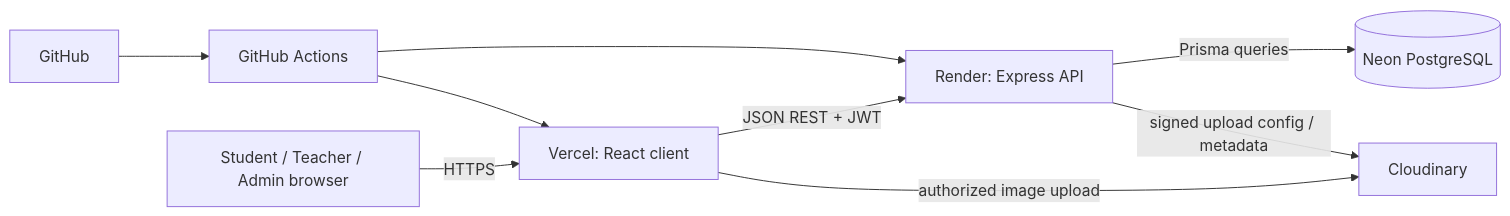
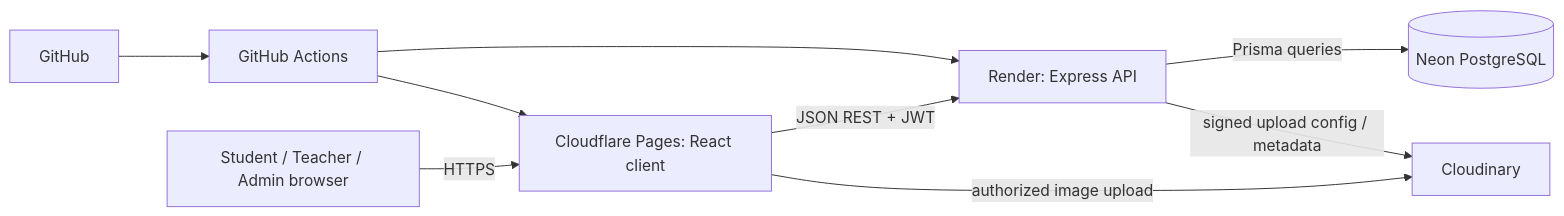
The first of 2 diagrams in docs/03-Technical-Architecture.md (Aryan-kr1585/Smart-Crop-Advisor), drawn with Mermaid before and after one commit. The commit also changed other lines of this file and 2 other files, not shown here.

````diff
--- a/docs/03-Technical-Architecture.md
+++ b/docs/03-Technical-Architecture.md
@@ -15,11 +15,11 @@
 ```mermaid
 flowchart LR
-  U[Student / Teacher / Admin browser] -->|HTTPS| V[Vercel: React client]
+  U[Student / Teacher / Admin browser] -->|HTTPS| V[Cloudflare Pages: React client]
   V -->|JSON REST + JWT| R[Render: Express API]
   R -->|Prisma queries| N[(Neon PostgreSQL)]
   V -->|authorized image upload| C[Cloudinary]
   R -->|signed upload config / metadata| C
   G[GitHub] --> A[GitHub Actions]
   A --> V
   A --> R
 ```
````
